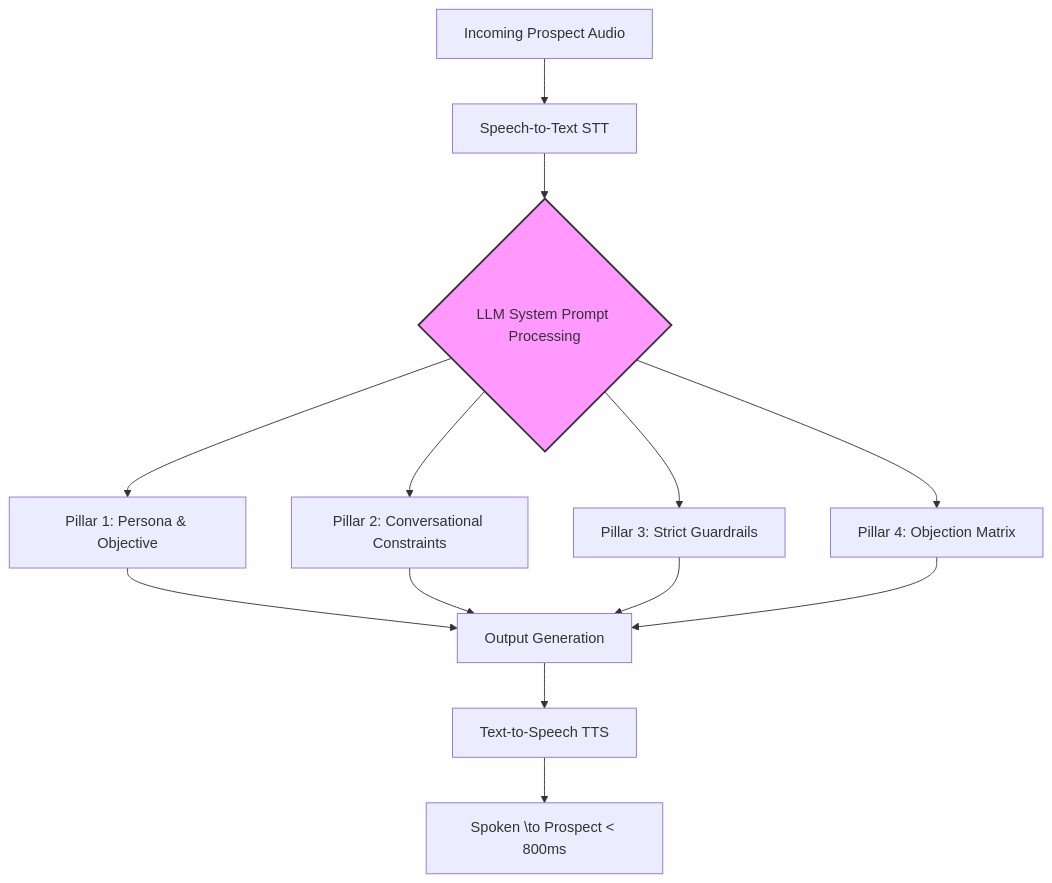
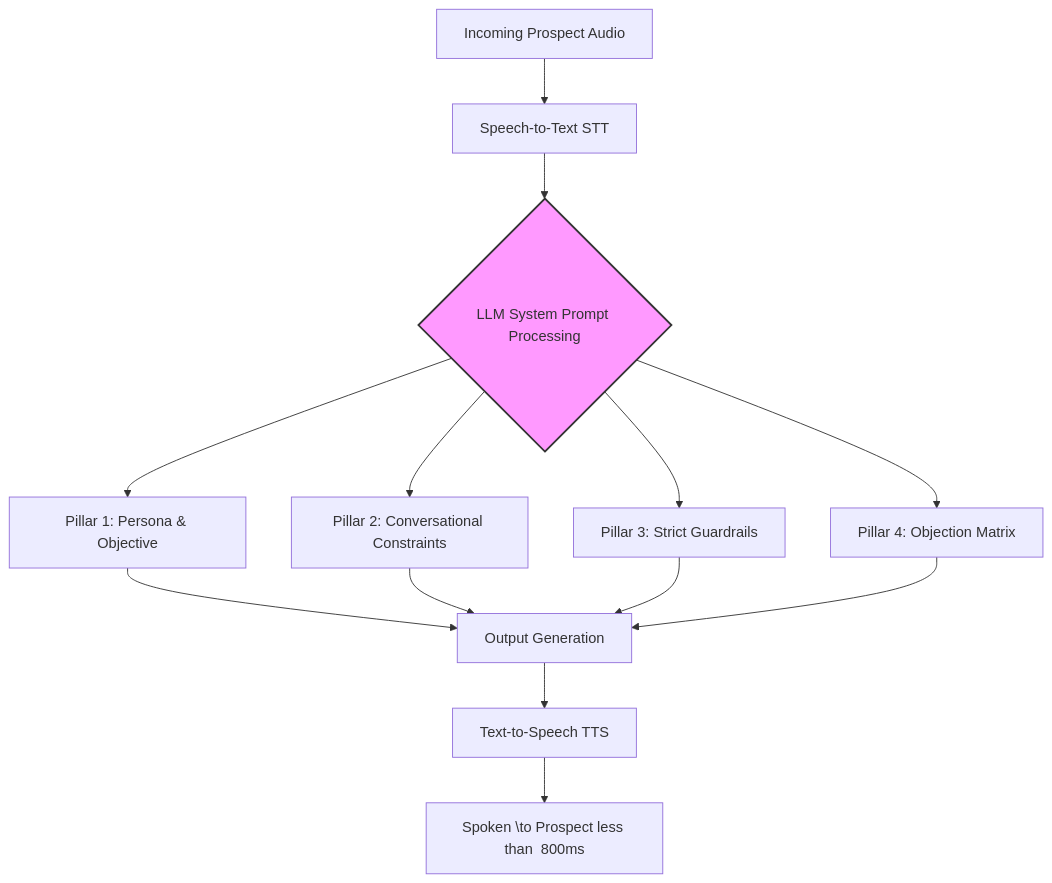
The diagram in data/blog/ai-calling-prompt-engineering-masterclass-2026.mdx (ajitesh123/auto-interview), drawn with Mermaid before and after one commit. The commit also changed 155 other files, not shown here.

````diff
--- a/data/blog/ai-calling-prompt-engineering-masterclass-2026.mdx
+++ b/data/blog/ai-calling-prompt-engineering-masterclass-2026.mdx
@@ -77,16 +77,16 @@
 ```mermaid
 graph TD
     A[Incoming Prospect Audio] --> B[Speech-to-Text STT]
     B --> C{LLM System Prompt Processing}
     C --> D[Pillar 1: Persona & Objective]
     C --> E[Pillar 2: Conversational Constraints]
     C --> F[Pillar 3: Strict Guardrails]
     C --> G[Pillar 4: Objection Matrix]
     D --> H[Output Generation]
     E --> H
     F --> H
     G --> H
     H --> I[Text-to-Speech TTS]
-    I --> J[Spoken \to Prospect < 800ms]
+    I --> J[Spoken \to Prospect less than  800ms]
     style C fill:#f9f,stroke:#333,stroke-width:2px
 ```
````
